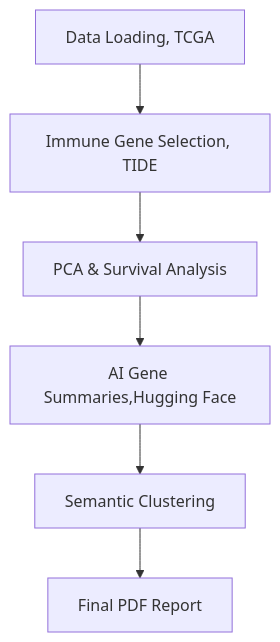
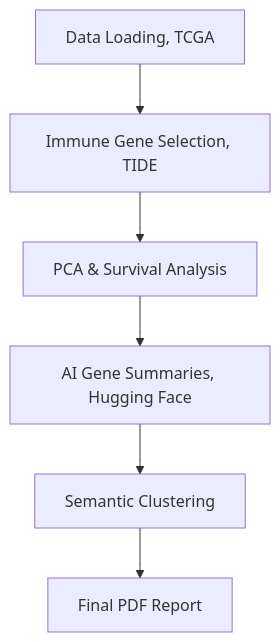
The diagram in README.md (obegik/SurvAIval), drawn with Mermaid before and after one commit. The commit also changed other lines of this file, not shown here.

````diff
--- a/README.md
+++ b/README.md
@@ -18,9 +21,9 @@
 ```mermaid
 graph TD
     A[Data Loading, TCGA] --> B[Immune Gene Selection, TIDE]
     B --> C[PCA & Survival Analysis]
-    C --> D[AI Gene Summaries,Hugging Face]
+    C --> D[AI Gene Summaries, Hugging Face]
     D --> E[Semantic Clustering]
     E --> F[Final PDF Report]
 
 ```
````
